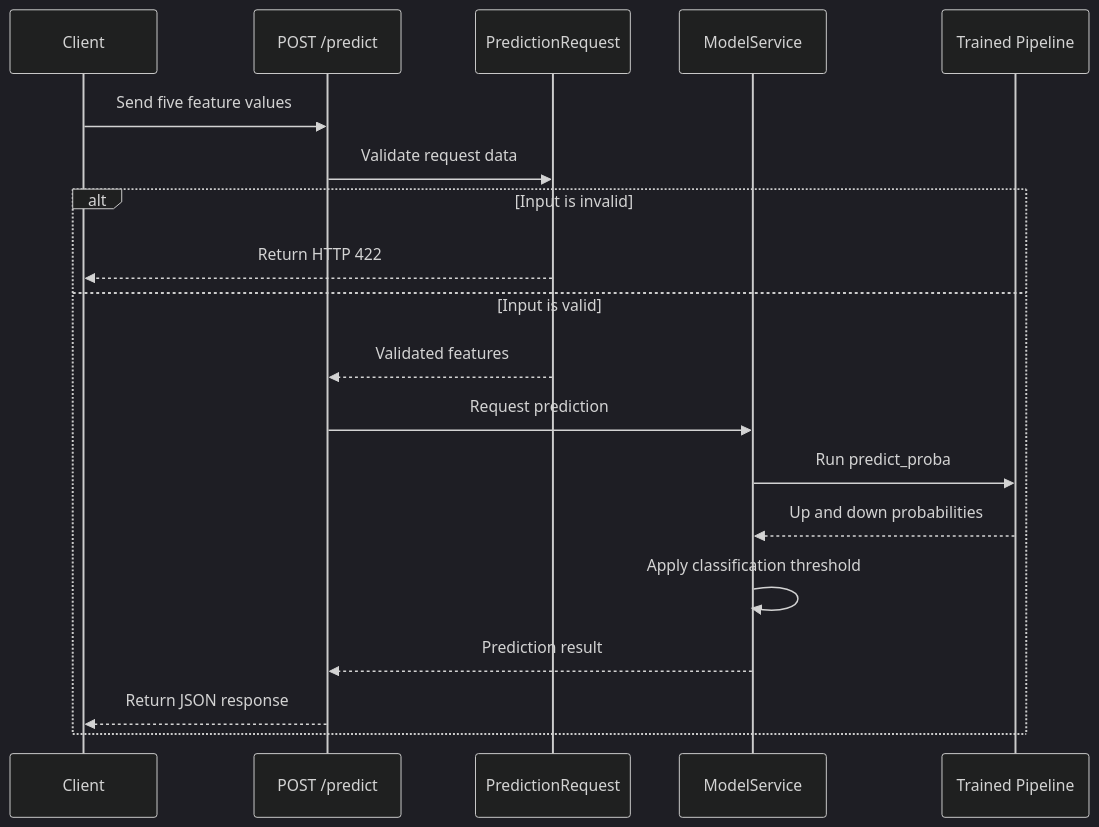
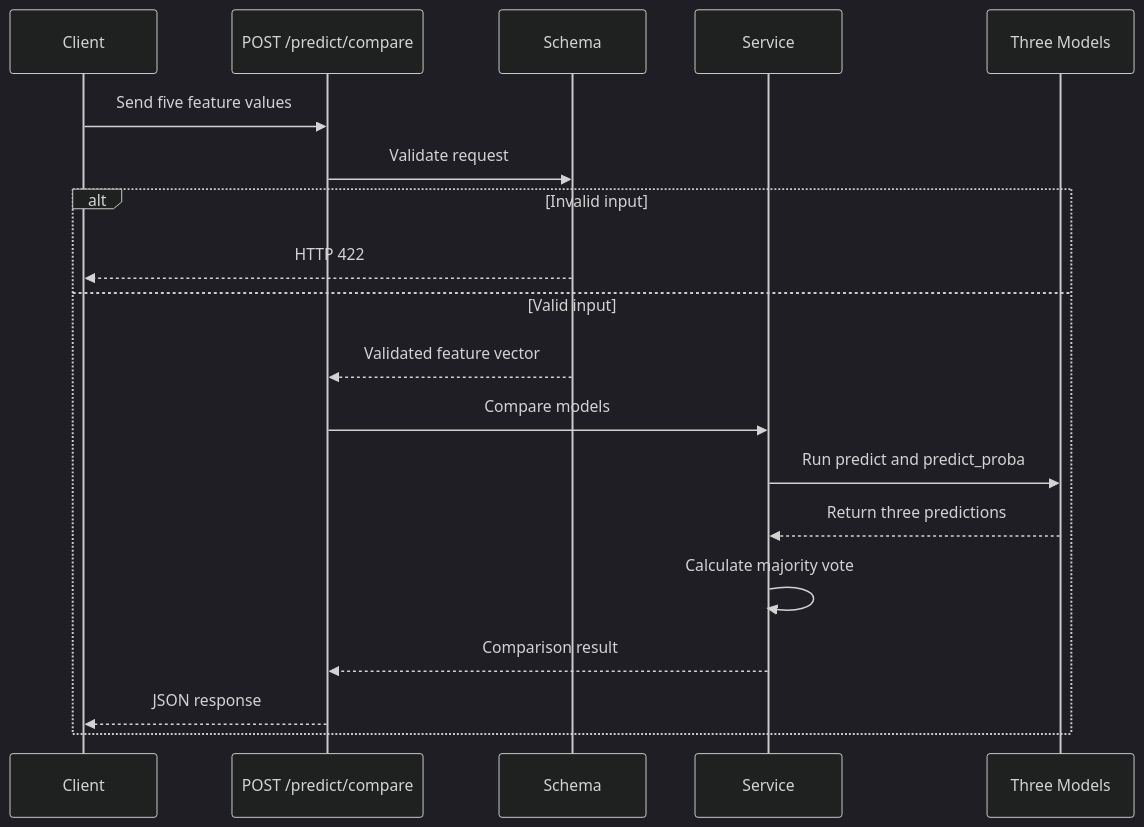
One commit to chauhanmuskan291980-wq/gold-price-direction-predictor changed diagram 12 of 15 in docs/architecture.md. Above: the diagram before and after it, drawn with Mermaid (dark theme). The commit also changed other lines of this file and 2 other files, not shown here.

Commit message:
docs: align documentation with three-model architecture and updated API

````diff
--- a/docs/architecture.md
+++ b/docs/architecture.md
@@ -649,23 +626,23 @@
 ```mermaid
 sequenceDiagram
     participant Client
-    participant API as POST /predict
-    participant Schema as PredictionRequest
-    participant Service as ModelService
-    participant Model as Trained Pipeline
+    participant API as POST /predict/compare
+    participant Schema
+    participant Service
+    participant Models as Three Models
 
     Client->>API: Send five feature values
-    API->>Schema: Validate request data
+    API->>Schema: Validate request
 
-    alt Input is invalid
-        Schema-->>Client: Return HTTP 422
-    else Input is valid
-        Schema-->>API: Validated features
-        API->>Service: Request prediction
-        Service->>Model: Run predict_proba
-        Model-->>Service: Up and down probabilities
-        Service->>Service: Apply classification threshold
-        Service-->>API: Prediction result
-        API-->>Client: Return JSON response
+    alt Invalid input
+        Schema-->>Client: HTTP 422
+    else Valid input
+        Schema-->>API: Validated feature vector
+        API->>Service: Compare models
+        Service->>Models: Run predict and predict_proba
+        Models-->>Service: Return three predictions
+        Service->>Service: Calculate majority vote
+        Service-->>API: Comparison result
+        API-->>Client: JSON response
     end
 ```
````
